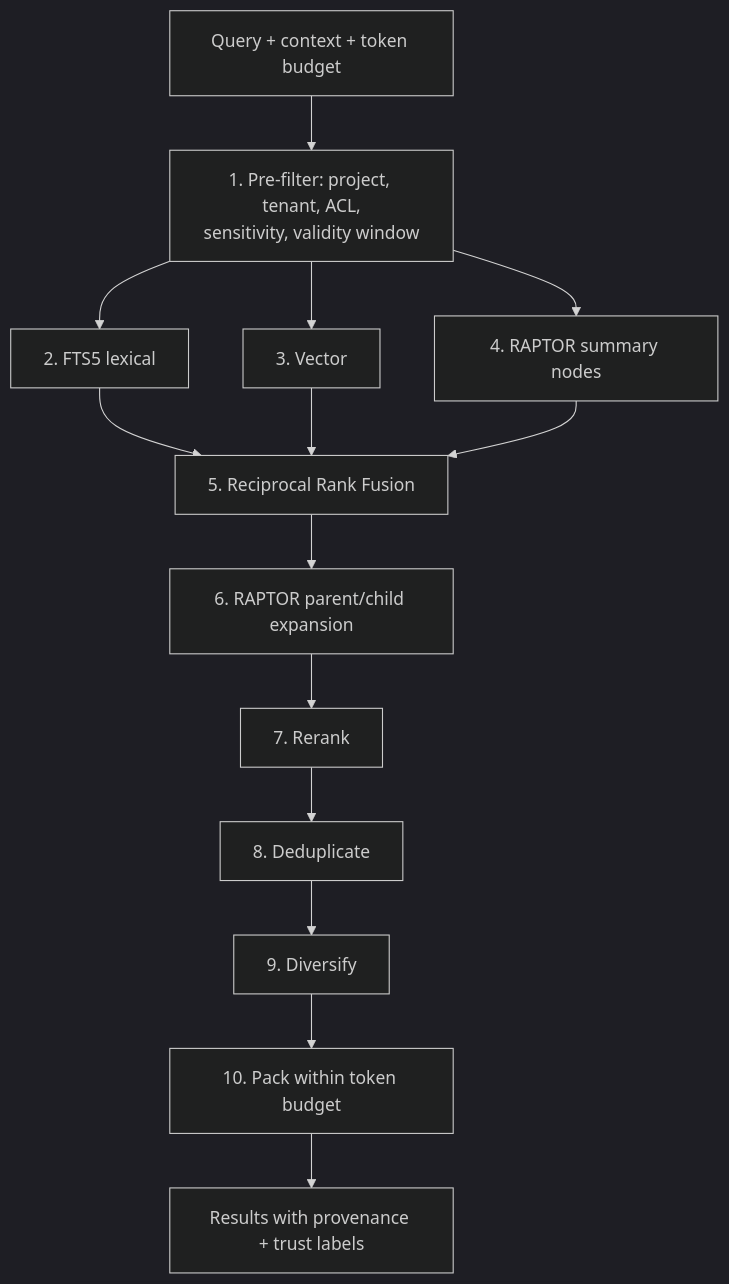
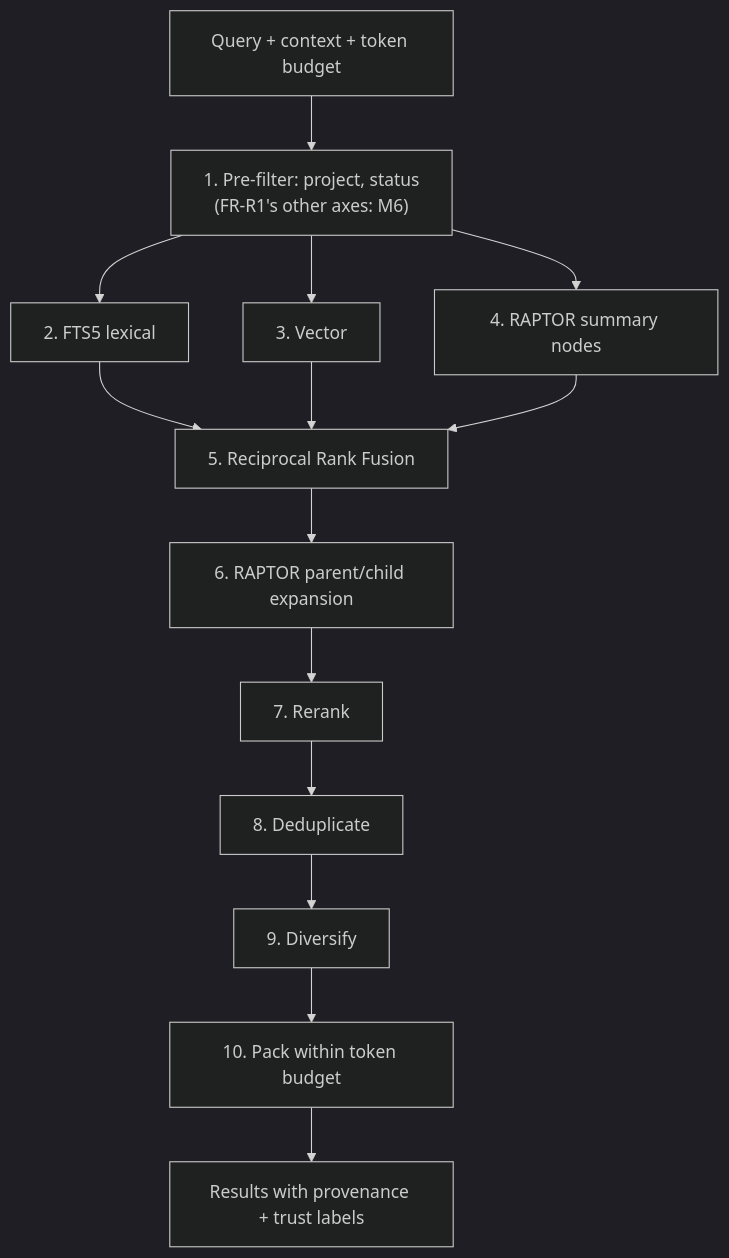
Before and after one commit to theurian/theurian: the fourth of 5 diagrams in docs/architecture/overview.md, drawn with Mermaid (dark theme). The commit also changed other lines of this file and 5 other files, not shown here.

````diff
--- a/docs/architecture/overview.md
+++ b/docs/architecture/overview.md
@@ -147,16 +147,16 @@
 ```mermaid
 flowchart TB
-    Q["Query + context + token budget"] --> F["1. Pre-filter: project, tenant, ACL,<br/>sensitivity, validity window"]
+    Q["Query + context + token budget"] --> F["1. Pre-filter: project, status<br/>(FR-R1's other axes: M6)"]
     F --> L["2. FTS5 lexical"]
     F --> V["3. Vector"]
     F --> R["4. RAPTOR summary nodes"]
     L --> RRF["5. Reciprocal Rank Fusion"]
     V --> RRF
     R --> RRF
     RRF --> EX["6. RAPTOR parent/child expansion"]
     EX --> RR["7. Rerank"]
     RR --> DD["8. Deduplicate"]
     DD --> DV["9. Diversify"]
     DV --> TB["10. Pack within token budget"]
     TB --> OUT["Results with provenance + trust labels"]
 ```
````
